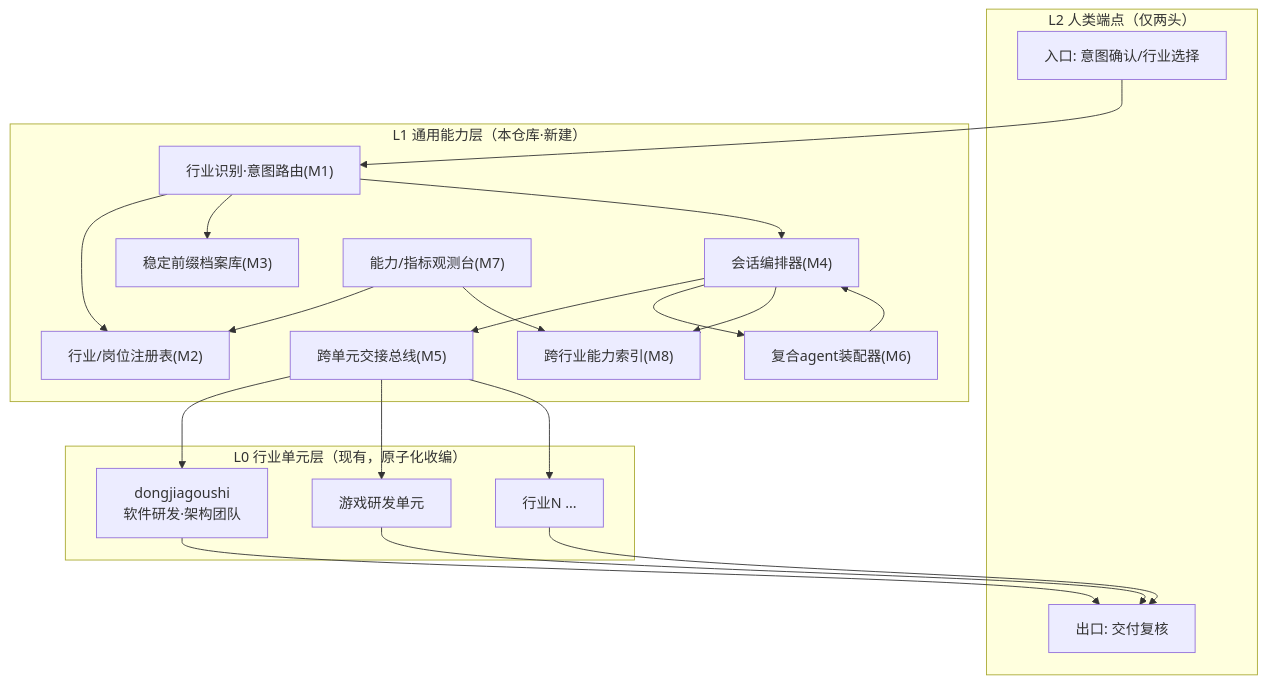
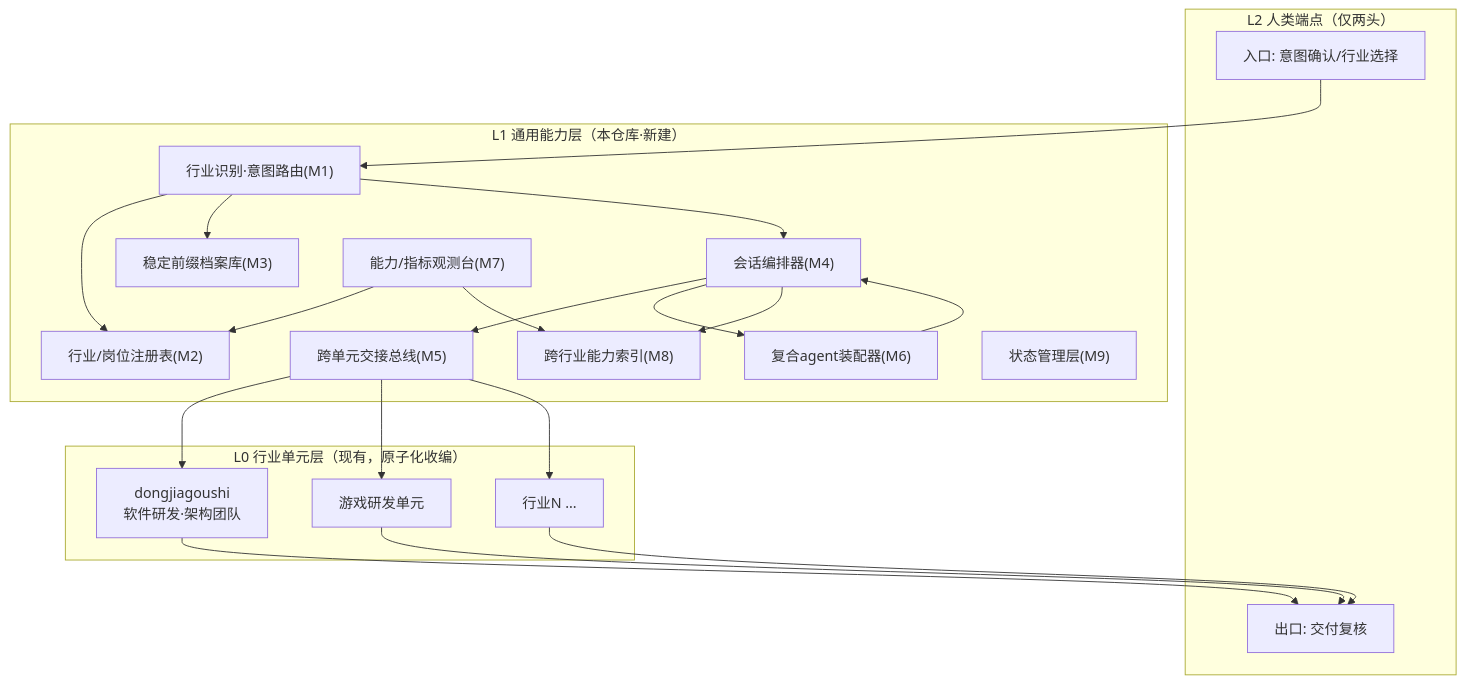
One commit to haodongzhang022-hue/hanghangchuzhuangyuan changed the diagram in docs/architecture/ARCHITECTURE.md. Above: the diagram before and after it, drawn with Mermaid. The commit also changed other lines of this file and 12 other files, not shown here.

````diff
--- a/docs/architecture/ARCHITECTURE.md
+++ b/docs/architecture/ARCHITECTURE.md
@@ -20,29 +20,30 @@
 ```mermaid
 flowchart TB
     subgraph L2["L2 人类端点（仅两头）"]
         IN["入口: 意图确认/行业选择"]
         OUT["出口: 交付复核"]
     end
     subgraph L1["L1 通用能力层（本仓库·新建）"]
         GATE["行业识别·意图路由(M1)"]
         REG["行业/岗位注册表(M2)"]
         PREF["稳定前缀档案库(M3)"]
         ORCH["会话编排器(M4)"]
         HUB["跨单元交接总线(M5)"]
         COMP["复合agent装配器(M6)"]
         MTR["能力/指标观测台(M7)"]
         IDX["跨行业能力索引(M8)"]
+        STA["状态管理层(M9)"]
     end
     subgraph L0["L0 行业单元层（现有，原子化收编）"]
         U1["dongjiagoushi<br/>软件研发·架构团队"]
         U2["游戏研发单元"]
         UN["行业N ..."]
     end
     IN --> GATE
     GATE --> REG & PREF & ORCH
     ORCH --> HUB & COMP & IDX
     HUB --> U1 & U2 & UN
     COMP --> ORCH
     MTR --> REG & IDX
     U1 & U2 & UN --> OUT
 ```
````
